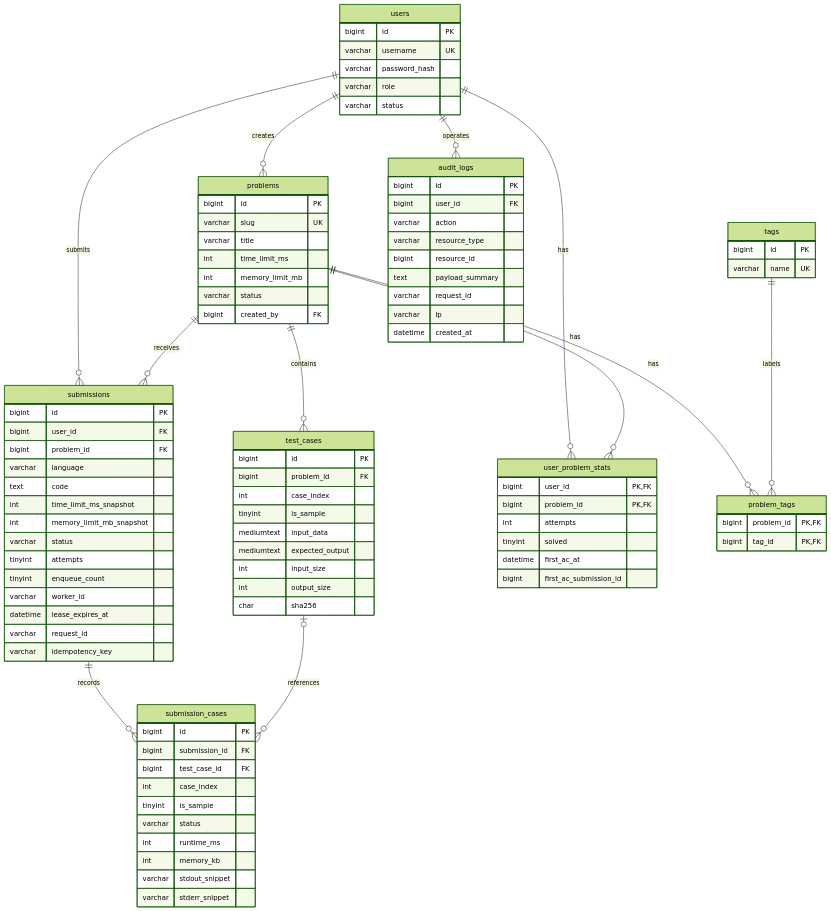
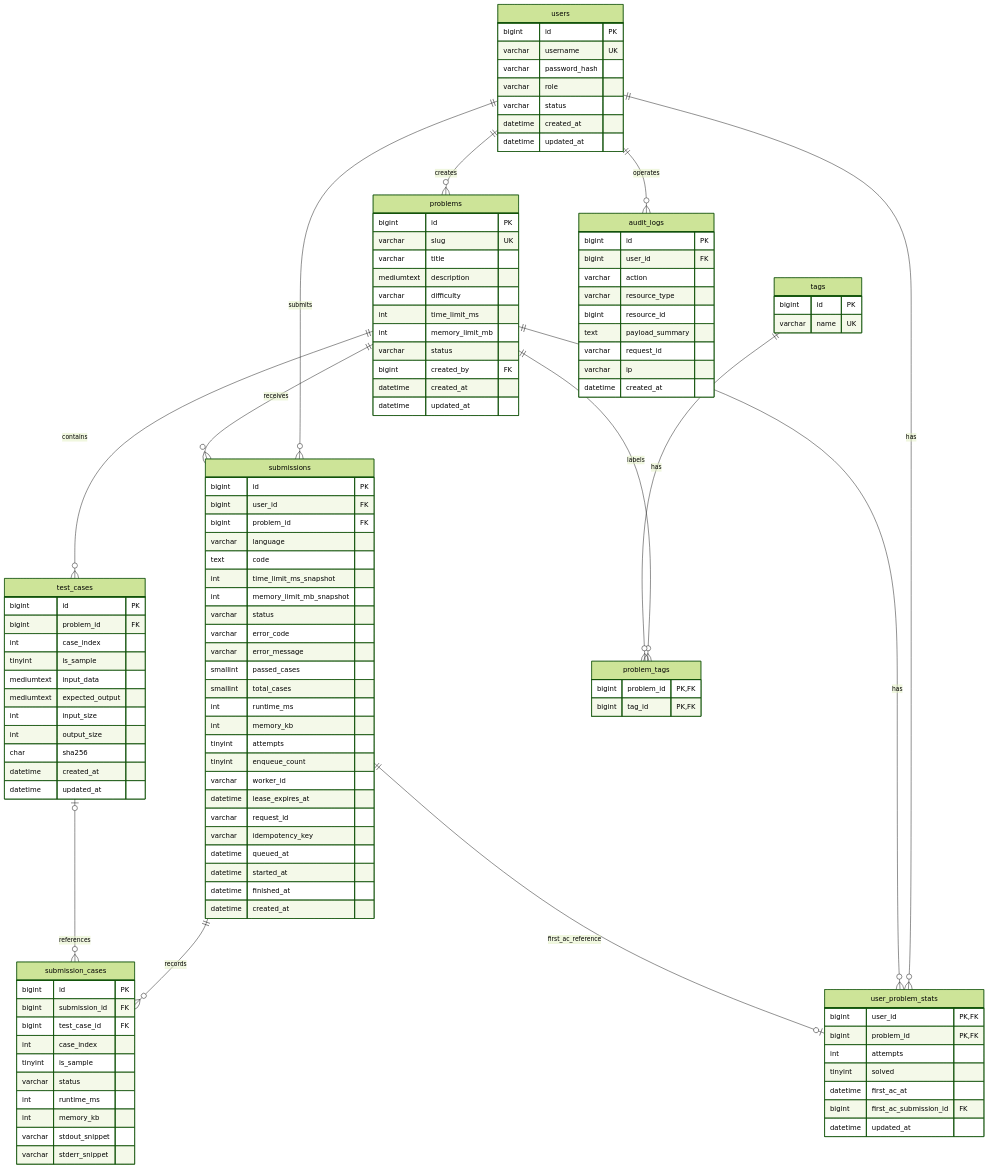
Before and after one commit to yuliang-1234567/Online-Judge-platform: the diagram in docs/figures/er.md, drawn with Mermaid (forest theme). The commit also changed other lines of this file and 3 other files, not shown here.

Commit message:
docs: 按 12 项数据库决策更新设计 §9 与 ER 图

```diff
--- a/docs/figures/er.md
+++ b/docs/figures/er.md
@@ -15,21 +15,28 @@
     problems ||--o{ problem_tags : has
     tags ||--o{ problem_tags : labels
     users ||--o{ audit_logs : operates
+    submissions ||--o| user_problem_stats : first_ac_reference
     users {
         bigint id PK
         varchar username UK
         varchar password_hash
         varchar role
         varchar status
+        datetime created_at
+        datetime updated_at
     }
     problems {
         bigint id PK
         varchar slug UK
         varchar title
+        mediumtext description
+        varchar difficulty
         int time_limit_ms
         int memory_limit_mb
         varchar status
         bigint created_by FK
+        datetime created_at
+        datetime updated_at
     }
     test_cases {
         bigint id PK
@@ -41,6 +48,8 @@
         int input_size
         int output_size
         char sha256
+        datetime created_at
+        datetime updated_at
     }
     submissions {
         bigint id PK
@@ -51,12 +60,22 @@
         int time_limit_ms_snapshot
         int memory_limit_mb_snapshot
         varchar status
+        varchar error_code
+        varchar error_message
+        smallint passed_cases
+        smallint total_cases
+        int runtime_ms
+        int memory_kb
         tinyint attempts
         tinyint enqueue_count
         varchar worker_id
         datetime lease_expires_at
         varchar request_id
         varchar idempotency_key
+        datetime queued_at
+        datetime started_at
+        datetime finished_at
+        datetime created_at
     }
     submission_cases {
         bigint id PK
@@ -76,7 +95,8 @@
         int attempts
         tinyint solved
         datetime first_ac_at
-        bigint first_ac_submission_id
+        bigint first_ac_submission_id FK
+        datetime updated_at
     }
     tags {
         bigint id PK
```
